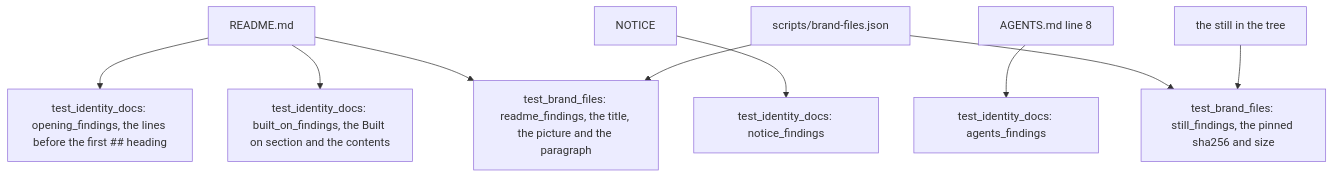
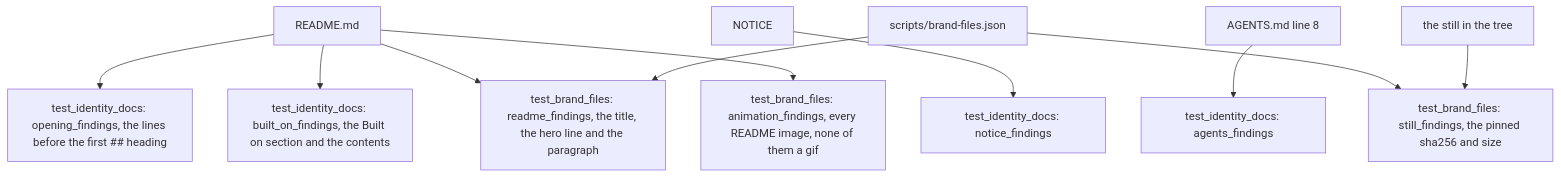
One commit to RexRenatus/deck-streak changed the second of 2 diagrams in docs/schematics/identity-docs.md. Above: the diagram before and after it, drawn with Mermaid. The commit also changed other lines of this file and 6 other files, not shown here.

Commit message:
docs(identity): the README hero becomes a still linked to the animation

````diff
--- a/docs/schematics/identity-docs.md
+++ b/docs/schematics/identity-docs.md
@@ -29,11 +30,12 @@
 ```mermaid
 flowchart TD
   README["README.md"] --> OPENING["test_identity_docs: opening_findings, the lines before the first ## heading"]
   README --> BUILTON["test_identity_docs: built_on_findings, the Built on section and the contents"]
   NOTICEF["NOTICE"] --> NOTICECHK["test_identity_docs: notice_findings"]
   AGENTS["AGENTS.md line 8"] --> AGENTSCHK["test_identity_docs: agents_findings"]
-  README --> HEADER["test_brand_files: readme_findings, the title, the picture and the paragraph"]
+  README --> HEADER["test_brand_files: readme_findings, the title, the hero line and the paragraph"]
+  README --> ANIM["test_brand_files: animation_findings, every README image, none of them a gif"]
   LISTF["scripts/brand-files.json"] --> HEADER
   LISTF --> STILLCHK["test_brand_files: still_findings, the pinned sha256 and size"]
   STILLF["the still in the tree"] --> STILLCHK
 ```
````
